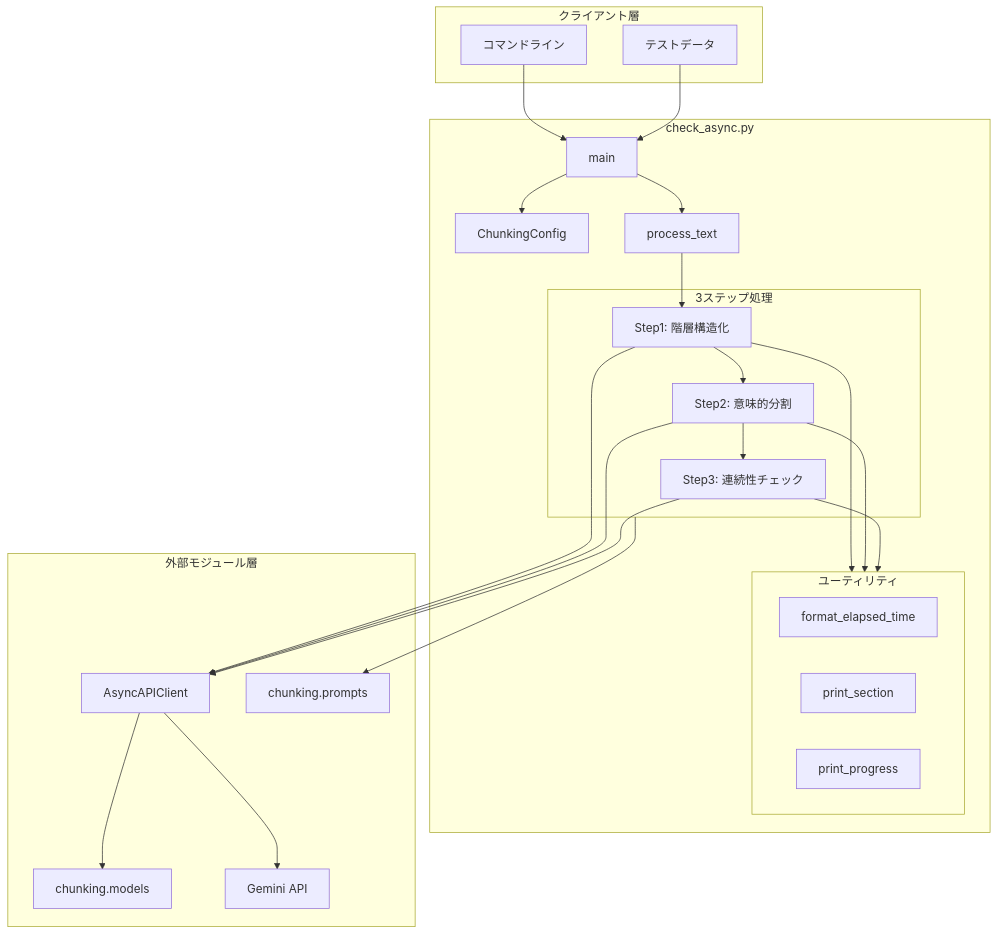
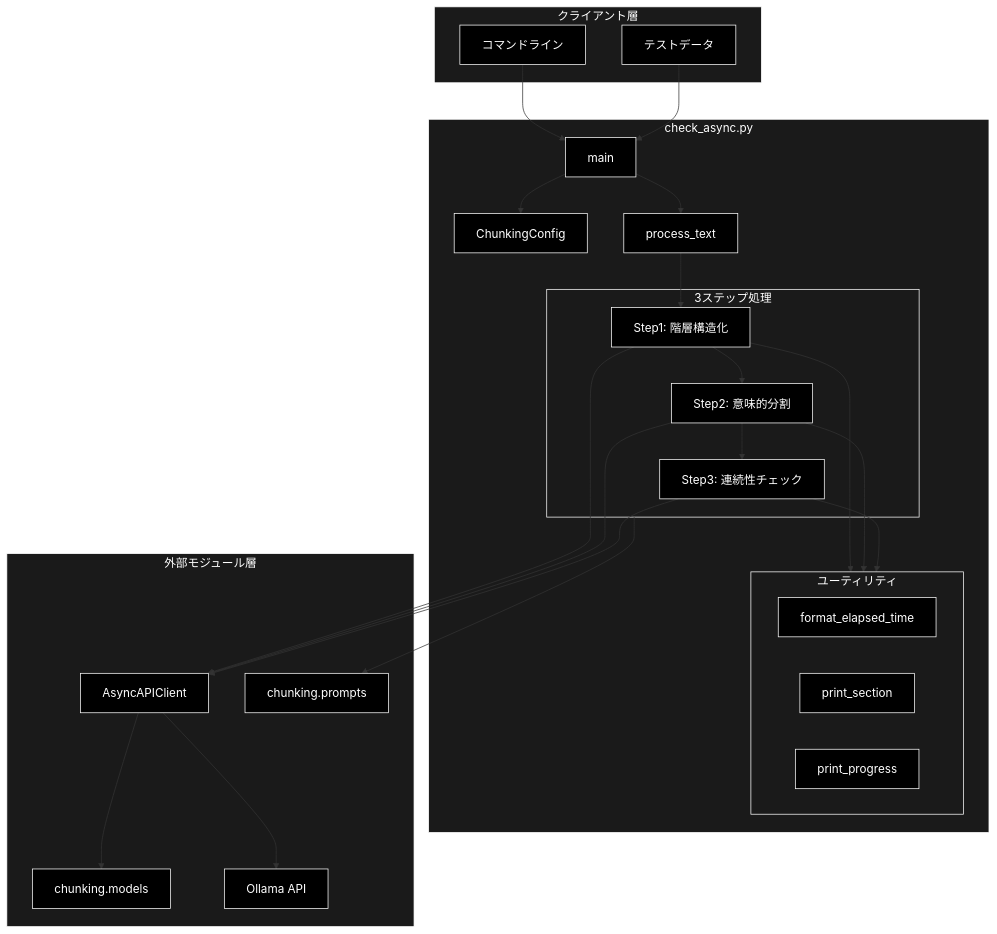
One commit to nakashima2toshio/ollama_grace_agent_v2 changed the first of 6 diagrams in chunking/doc/check_async.md. Above: the diagram before and after it, drawn with Mermaid. The commit also changed other lines of this file and 13 other files, not shown here.

First line of the commit message:
chunking: Ollama ネイティブ化（コード/コメント/ドキュメントの Gemini→Ollama 全面置換）

````diff
--- a/chunking/doc/check_async.md
+++ b/chunking/doc/check_async.md
@@ -69,49 +69,57 @@
 ```mermaid
 flowchart TB
     subgraph CLIENT["クライアント層"]
         CLI[コマンドライン]
         TEST[テストデータ]
     end
 
     subgraph MODULE["check_async.py"]
         CONFIG[ChunkingConfig]
         MAIN[main]
         PROCESS[process_text]
 
         subgraph STEPS["3ステップ処理"]
             S1[Step1: 階層構造化]
             S2[Step2: 意味的分割]
             S3[Step3: 連続性チェック]
         end
 
         subgraph UTILS["ユーティリティ"]
             FMT[format_elapsed_time]
             SEC[print_section]
             PRG[print_progress]
         end
     end
 
     subgraph EXTERNAL["外部モジュール層"]
         API[AsyncAPIClient]
         MODELS[chunking.models]
         PROMPTS[chunking.prompts]
-        GEMINI[Gemini API]
+        GEMINI[Ollama API]
     end
 
     CLI --> MAIN
     TEST --> MAIN
     MAIN --> CONFIG
     MAIN --> PROCESS
     PROCESS --> S1
     S1 --> S2
     S2 --> S3
     S1 --> API
     S2 --> API
     S3 --> API
     S1 --> UTILS
     S2 --> UTILS
     S3 --> UTILS
     API --> GEMINI
     API --> MODELS
     STEPS --> PROMPTS
+classDef default fill:#000,stroke:#fff,color:#fff
+classDef subgraphStyle fill:#1a1a1a,stroke:#fff,color:#fff
+class CLI,TEST,CONFIG,MAIN,PROCESS,S1,S2,S3,FMT,SEC,PRG,API,MODELS,PROMPTS,GEMINI default
+style CLIENT fill:#1a1a1a,stroke:#fff,color:#fff
+style MODULE fill:#1a1a1a,stroke:#fff,color:#fff
+style STEPS fill:#1a1a1a,stroke:#fff,color:#fff
+style UTILS fill:#1a1a1a,stroke:#fff,color:#fff
+style EXTERNAL fill:#1a1a1a,stroke:#fff,color:#fff
 ```
````
